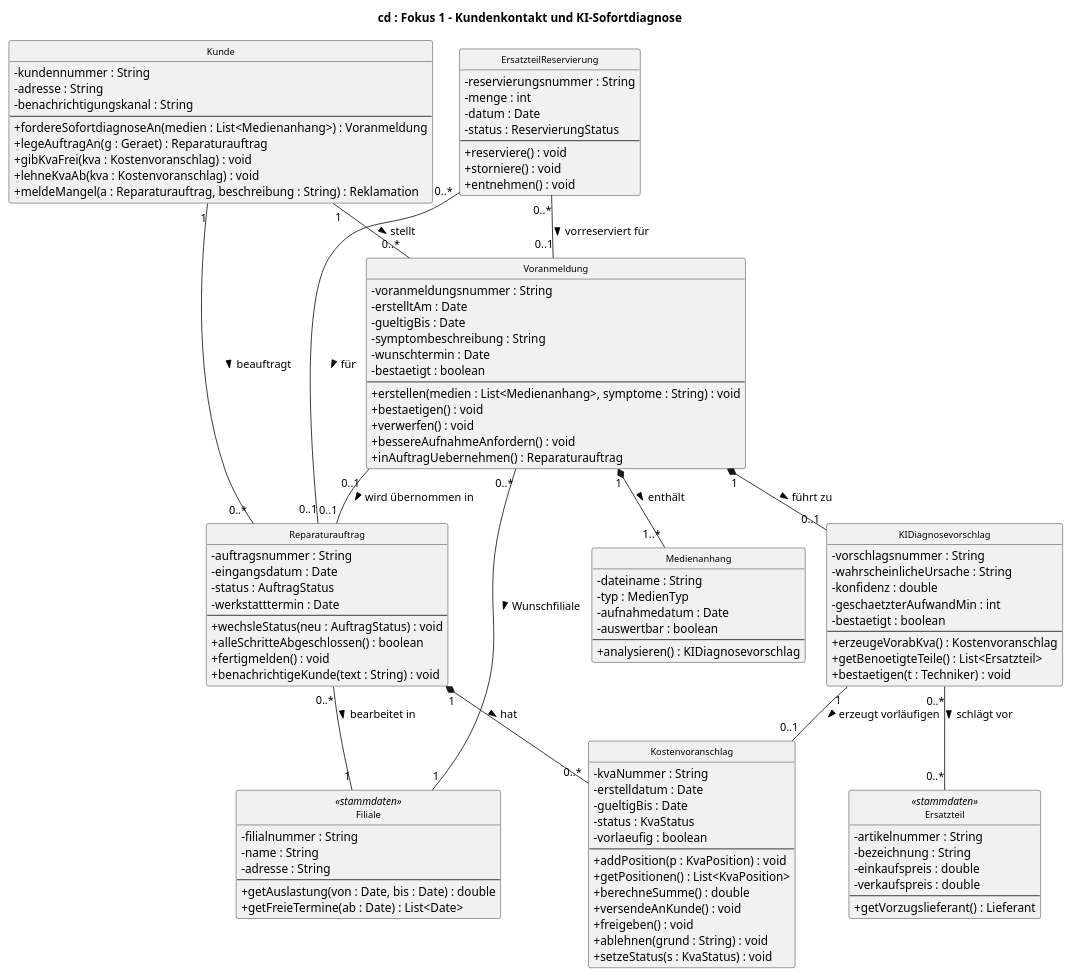
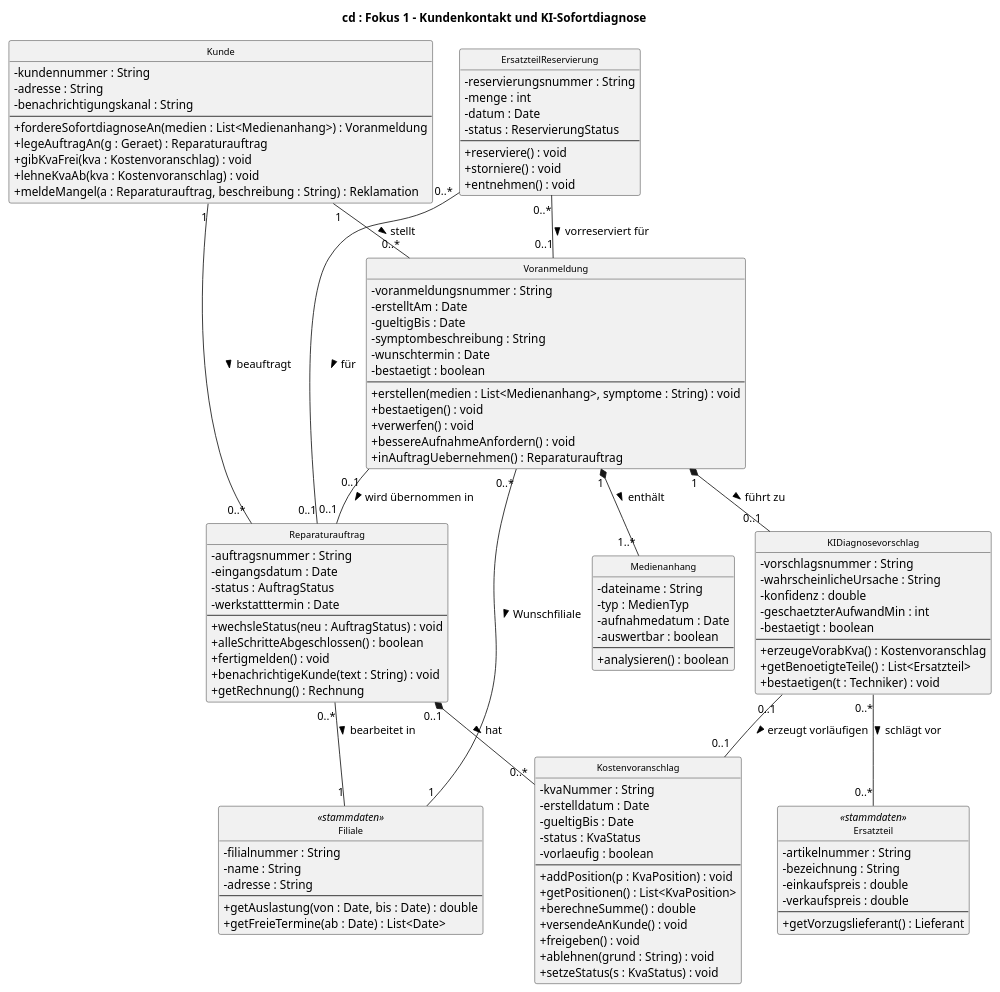
One commit to jakobschwan123-cmd/casestudy-semester-3 changed the diagram in uml/klassen-fokus-1-sofortdiagnose.puml. Above: the diagram before and after it, drawn with PlantUML. The commit also changed 72 other files, not shown here.

```diff
--- a/uml/klassen-fokus-1-sofortdiagnose.puml
+++ b/uml/klassen-fokus-1-sofortdiagnose.puml
@@ -1,118 +1,119 @@
 @startuml
 skinparam classAttributeIconSize 0
 skinparam defaultFontName Arial
 skinparam classFontSize 11
 skinparam nodesep 25
 skinparam ranksep 45
 hide circle
 title cd : Fokus 1 – Kundenkontakt und KI-Sofortdiagnose
 
 class Kunde {
   - kundennummer : String
   - adresse : String
   - benachrichtigungskanal : String
   --
   + fordereSofortdiagnoseAn(medien : List<Medienanhang>) : Voranmeldung
   + legeAuftragAn(g : Geraet) : Reparaturauftrag
   + gibKvaFrei(kva : Kostenvoranschlag) : void
   + lehneKvaAb(kva : Kostenvoranschlag) : void
   + meldeMangel(a : Reparaturauftrag, beschreibung : String) : Reklamation
 }
 class Voranmeldung {
   - voranmeldungsnummer : String
   - erstelltAm : Date
   - gueltigBis : Date
   - symptombeschreibung : String
   - wunschtermin : Date
   - bestaetigt : boolean
   --
   + erstellen(medien : List<Medienanhang>, symptome : String) : void
   + bestaetigen() : void
   + verwerfen() : void
   + bessereAufnahmeAnfordern() : void
   + inAuftragUebernehmen() : Reparaturauftrag
 }
 class Medienanhang {
   - dateiname : String
   - typ : MedienTyp
   - aufnahmedatum : Date
   - auswertbar : boolean
   --
-  + analysieren() : KIDiagnosevorschlag
+  + analysieren() : boolean
 }
 class KIDiagnosevorschlag {
   - vorschlagsnummer : String
   - wahrscheinlicheUrsache : String
   - konfidenz : double
   - geschaetzterAufwandMin : int
   - bestaetigt : boolean
   --
   + erzeugeVorabKva() : Kostenvoranschlag
   + getBenoetigteTeile() : List<Ersatzteil>
   + bestaetigen(t : Techniker) : void
 }
 class Kostenvoranschlag {
   - kvaNummer : String
   - erstelldatum : Date
   - gueltigBis : Date
   - status : KvaStatus
   - vorlaeufig : boolean
   --
   + addPosition(p : KvaPosition) : void
   + getPositionen() : List<KvaPosition>
   + berechneSumme() : double
   + versendeAnKunde() : void
   + freigeben() : void
   + ablehnen(grund : String) : void
   + setzeStatus(s : KvaStatus) : void
 }
 class ErsatzteilReservierung {
   - reservierungsnummer : String
   - menge : int
   - datum : Date
   - status : ReservierungStatus
   --
   + reserviere() : void
   + storniere() : void
   + entnehmen() : void
 }
 class Filiale <<stammdaten>> {
   - filialnummer : String
   - name : String
   - adresse : String
   --
   + getAuslastung(von : Date, bis : Date) : double
   + getFreieTermine(ab : Date) : List<Date>
 }
 class Reparaturauftrag {
   - auftragsnummer : String
   - eingangsdatum : Date
   - status : AuftragStatus
   - werkstatttermin : Date
   --
   + wechsleStatus(neu : AuftragStatus) : void
   + alleSchritteAbgeschlossen() : boolean
   + fertigmelden() : void
   + benachrichtigeKunde(text : String) : void
+  + getRechnung() : Rechnung
 }
 class Ersatzteil <<stammdaten>> {
   - artikelnummer : String
   - bezeichnung : String
   - einkaufspreis : double
   - verkaufspreis : double
   --
   + getVorzugslieferant() : Lieferant
 }
 Kunde "1" -down- "0..*" Voranmeldung : stellt >
 Kunde "1" -down- "0..*" Reparaturauftrag : beauftragt >
 Voranmeldung "1" *-down- "1..*" Medienanhang : enthält >
 Voranmeldung "1" *-down- "0..1" KIDiagnosevorschlag : führt zu >
 Voranmeldung "0..*" -- "1" Filiale : Wunschfiliale >
 Voranmeldung "0..1" -- "0..1" Reparaturauftrag : wird übernommen in >
-KIDiagnosevorschlag "1" -- "0..1" Kostenvoranschlag : erzeugt vorläufigen >
+KIDiagnosevorschlag "0..1" -- "0..1" Kostenvoranschlag : erzeugt vorläufigen >
 KIDiagnosevorschlag "0..*" -- "0..*" Ersatzteil : schlägt vor >
 Reparaturauftrag "0..*" -- "1" Filiale : bearbeitet in >
-Reparaturauftrag "1" *-- "0..*" Kostenvoranschlag : hat >
+Reparaturauftrag "0..1" *-- "0..*" Kostenvoranschlag : hat >
 ErsatzteilReservierung "0..*" -- "0..1" Reparaturauftrag : für >
 ErsatzteilReservierung "0..*" -- "0..1" Voranmeldung : vorreserviert für >
 @enduml
```
